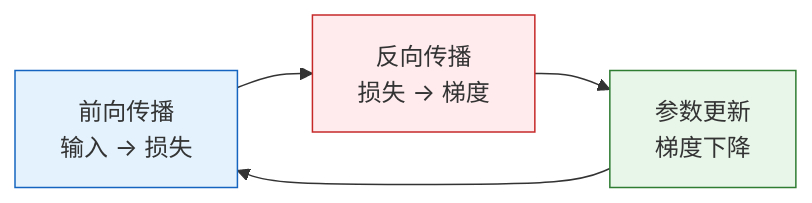
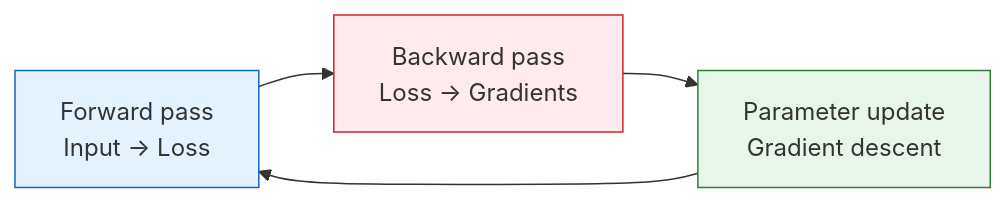
The fourth of 4 diagrams in docs/ch04-ai-math/ch03-calculus/04-chain-rule-backprop.md (oudbiao/AI-fullstack-course), drawn with Mermaid before and after one commit. The commit also changed other lines of this file and 1406 other files, not shown here.

````diff
--- a/docs/ch04-ai-math/ch03-calculus/04-chain-rule-backprop.md
+++ b/docs/ch04-ai-math/ch03-calculus/04-chain-rule-backprop.md
@@ -470,10 +469,10 @@
 ```mermaid
 flowchart LR
-    FW["前向传播<br/>输入 → 损失"] --> BW["反向传播<br/>损失 → 梯度"]
-    BW --> UP["参数更新<br/>梯度下降"]
+    FW["Forward pass<br/>Input → Loss"] --> BW["Backward pass<br/>Loss → Gradients"]
+    BW --> UP["Parameter update<br/>Gradient descent"]
     UP --> FW
 
     style FW fill:#e3f2fd,stroke:#1565c0,color:#333
     style BW fill:#ffebee,stroke:#c62828,color:#333
     style UP fill:#e8f5e9,stroke:#2e7d32,color:#333
 ```
````
